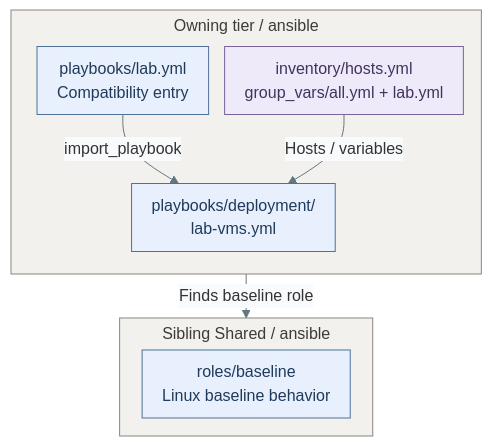
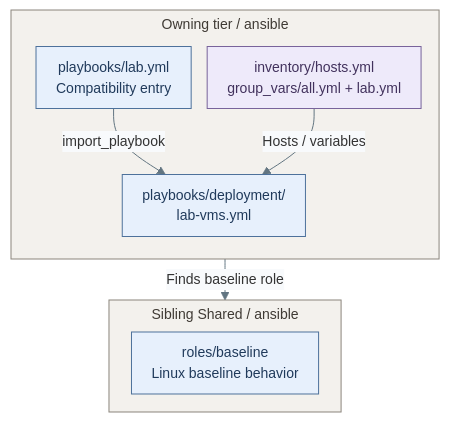
One commit to Rexus/homelab changed the second of 2 diagrams in docs/04-development/code-layout.md. Above: the diagram before and after it, drawn with Mermaid. The commit also changed other lines of this file and 124 other files, not shown here.

First line of the commit message:
fix(platform): align service diagrams and directory failover

````diff
--- a/docs/04-development/code-layout.md
+++ b/docs/04-development/code-layout.md
@@ -108,24 +108,24 @@
 ```mermaid
-%%{init: {"theme":"base","flowchart":{"nodeSpacing":16,"rankSpacing":20,"padding":10,"subGraphTitleMargin":{"top":4,"bottom":10}},"themeVariables":{"lineColor":"#627581","edgeLabelBackground":"#f8fafc"}}}%%
+%%{init: {"theme":"base","flowchart":{"nodeSpacing":16,"rankSpacing":20,"padding":10,"subGraphTitleMargin":{"top":4,"bottom":10}},"themeVariables":{"lineColor":"#627581","edgeLabelBackground":"#f8fafc","fontFamily":"Arial, sans-serif","fontSize":"14px"},"fontFamily":"Arial, sans-serif"}}%%
 flowchart TB
   subgraph Tier["Owning tier / ansible"]
     direction TB
     Entry["playbooks/lab.yml<br/>Compatibility entry"]
     Inputs["inventory/hosts.yml<br/>group_vars/all.yml + lab.yml"]
     Recipe["playbooks/deployment/<br/>lab-vms.yml"]
     Entry -->|import_playbook| Recipe
     Inputs -->|Hosts / variables| Recipe
   end
   subgraph Shared["Sibling Shared / ansible"]
     Baseline["roles/baseline<br/>Linux baseline behavior"]
   end
   Recipe -->|Finds baseline role| Shared
   classDef default fill:#f8fafc,stroke:#64748b,color:#1f2937
   classDef boundary fill:#eef2f6,stroke:#64748b,color:#1f2937
   classDef services fill:#e7f0fc,stroke:#4d719b,color:#203a5b
   classDef data fill:#eeeafa,stroke:#78639b,color:#42325d
   classDef ownership fill:#f3f1ed,stroke:#8b857c,color:#3f3a34
   class Tier,Shared ownership
   class Entry,Recipe,Baseline services
   class Inputs data
 ```
````
